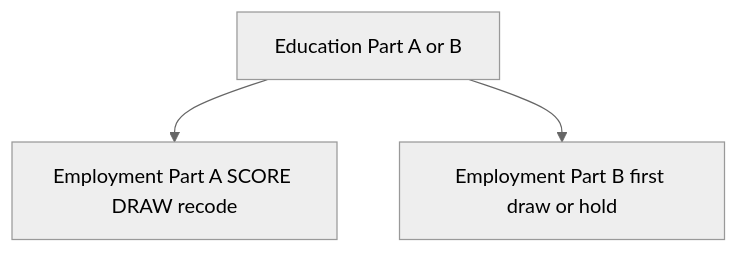
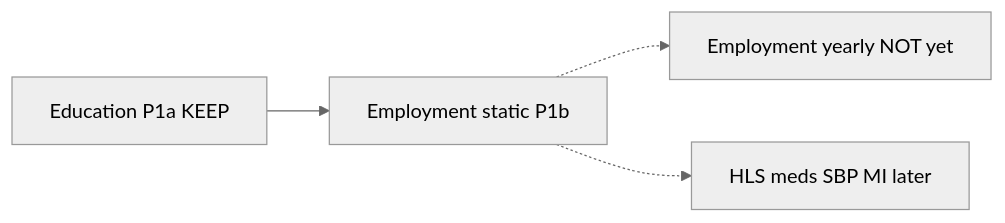
Before and after one commit to imperialCHEPI/healthgps: the first of 2 diagrams in documentation/technical/guides/jacardi-employment-static.md, drawn with Mermaid (neutral theme). The commit also changed other lines of this file and 6 other files, not shown here.

````diff
--- a/documentation/technical/guides/jacardi-employment-static.md
+++ b/documentation/technical/guides/jacardi-employment-static.md
@@ -23,8 +26,10 @@
 ```mermaid
-flowchart TD
-  Edu[Education Part A or B]
-  EmpA[Employment Part A SCORE DRAW recode]
-  EmpB[Employment Part B first draw or hold]
-  Edu --> EmpA
-  Edu --> EmpB
+flowchart LR
+  Edu[Education P1a KEEP]
+  Emp[Employment static P1b]
+  Yearly[Employment yearly NOT yet]
+  Ladder[HLS meds SBP MI later]
+  Edu --> Emp
+  Emp -.-> Yearly
+  Emp -.-> Ladder
 ```
````
